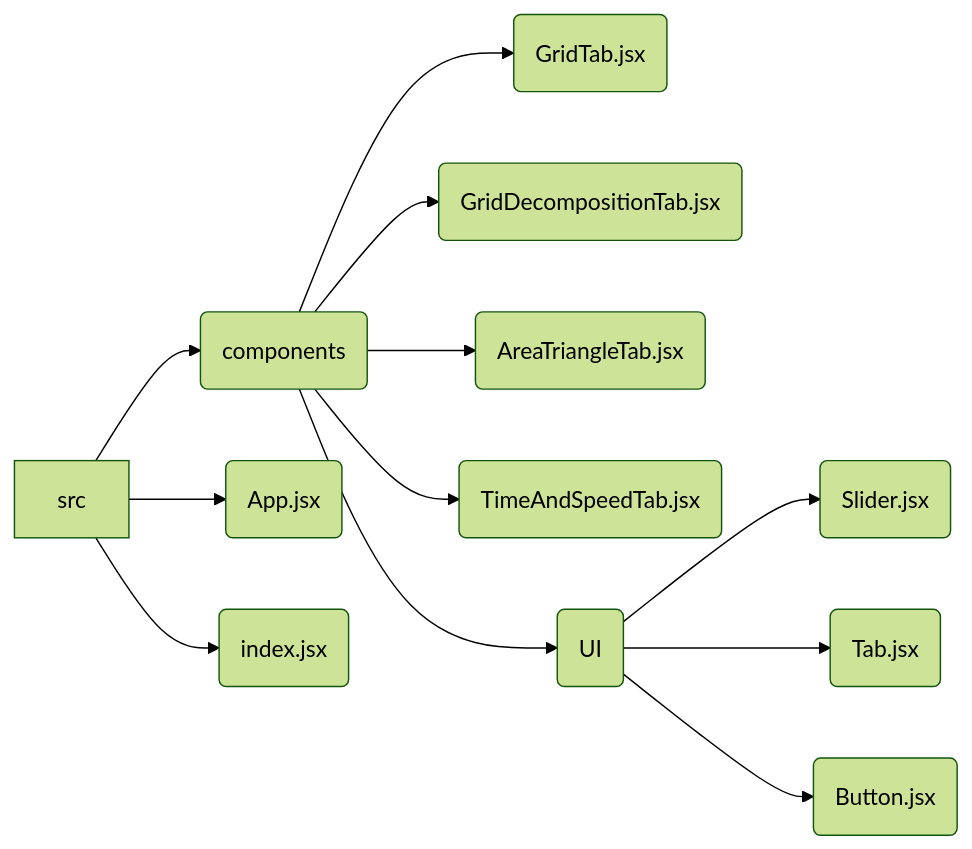
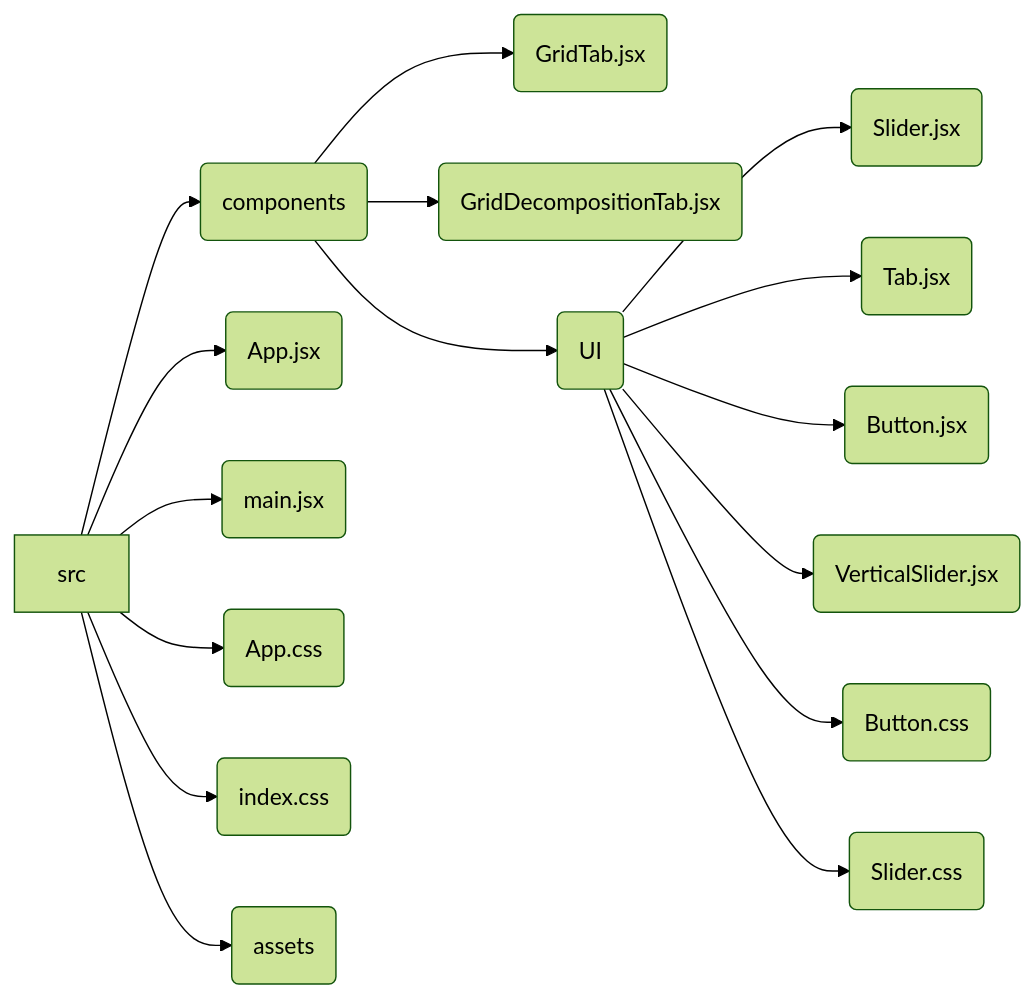
The diagram in RooDocs/design.md (2dice/multiply-visualizer), drawn with Mermaid (forest theme) before and after one commit. The commit also changed other lines of this file and 11 other files, not shown here.

````diff
--- a/RooDocs/design.md
+++ b/RooDocs/design.md
@@ -131,14 +131,18 @@
 ```mermaid
 graph LR
     A[src] --> B(components);
     A --> C(App.jsx);
-    A --> D(index.jsx);
-    B --> E(GridTab.jsx);
-    B --> F(GridDecompositionTab.jsx);
-    B --> H(AreaTriangleTab.jsx);
-    B --> I(TimeAndSpeedTab.jsx);
+    A --> D(main.jsx);
+    A --> E(App.css);
+    A --> F(index.css);
+    A --> G(assets);
+    B --> H(GridTab.jsx);
+    B --> I(GridDecompositionTab.jsx);
     B --> J(UI);
     J --> K(Slider.jsx);
     J --> L(Tab.jsx);
     J --> M(Button.jsx);
+    J --> N(VerticalSlider.jsx);
+    J --> O(Button.css);
+    J --> P(Slider.css);
 ```
````
